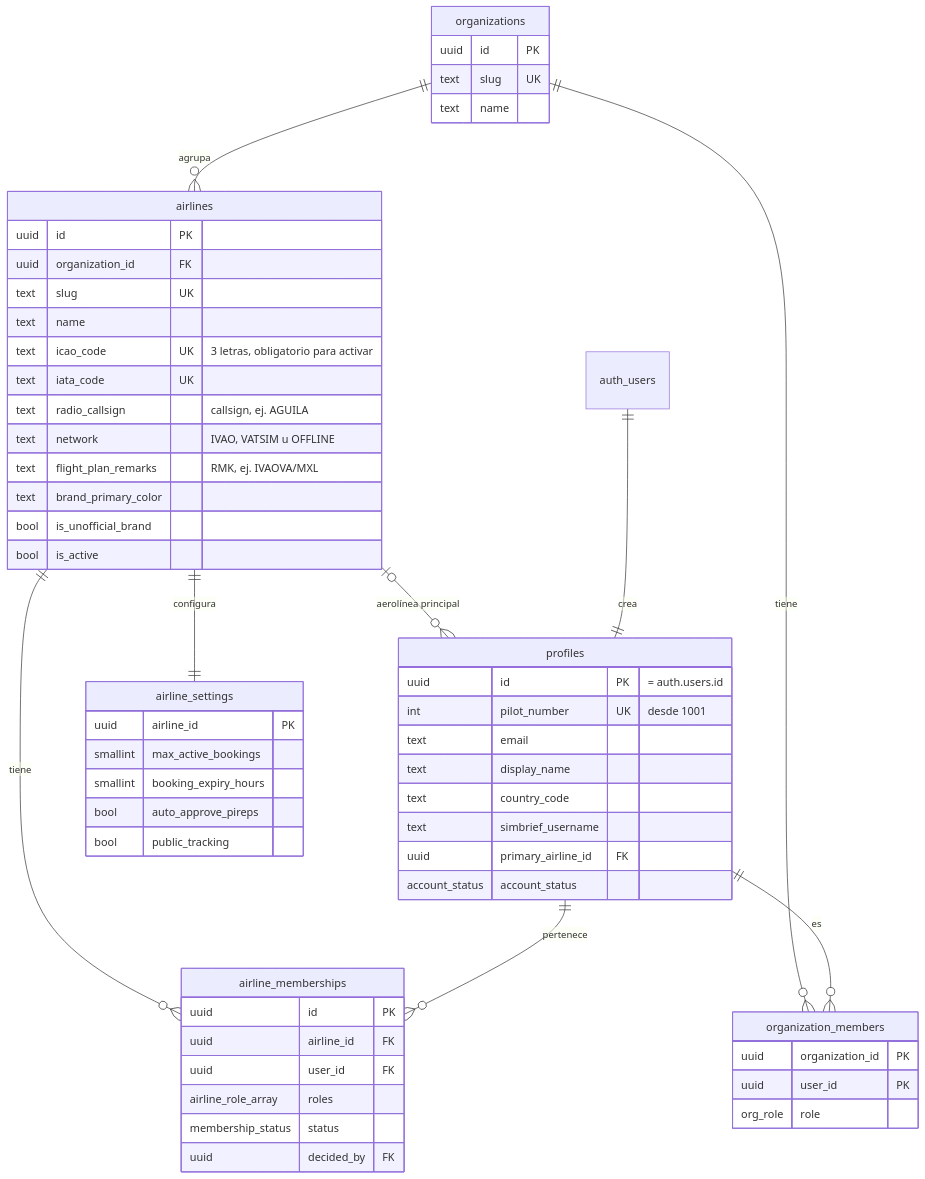
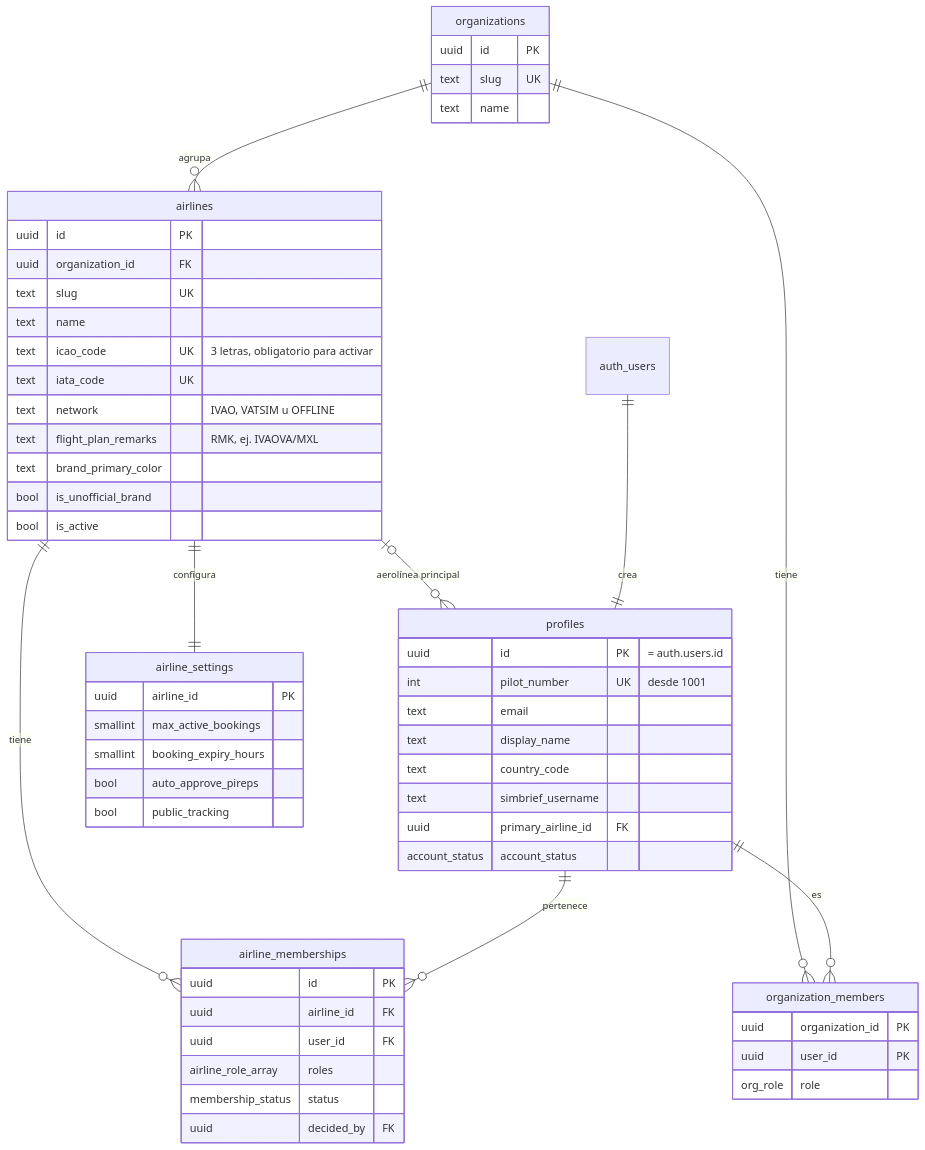
The diagram in docs/database/data-model.md (INAVAE/lam-virtual-acars), drawn with Mermaid before and after one commit. The commit also changed other lines of this file and 14 other files, not shown here.

````diff
--- a/docs/database/data-model.md
+++ b/docs/database/data-model.md
@@ -7,61 +7,60 @@
 ```mermaid
 erDiagram
   organizations ||--o{ airlines : agrupa
   organizations ||--o{ organization_members : tiene
   profiles ||--o{ organization_members : es
   airlines ||--|| airline_settings : configura
   airlines ||--o{ airline_memberships : tiene
   profiles ||--o{ airline_memberships : pertenece
   airlines |o--o{ profiles : "aerolínea principal"
   auth_users ||--|| profiles : crea
 
   organizations {
     uuid id PK
     text slug UK
     text name
   }
   airlines {
     uuid id PK
     uuid organization_id FK
     text slug UK
     text name
     text icao_code UK "3 letras, obligatorio para activar"
     text iata_code UK
-    text radio_callsign "callsign, ej. AGUILA"
     text network "IVAO, VATSIM u OFFLINE"
     text flight_plan_remarks "RMK, ej. IVAOVA/MXL"
     text brand_primary_color
     bool is_unofficial_brand
     bool is_active
   }
   profiles {
     uuid id PK "= auth.users.id"
     int pilot_number UK "desde 1001"
     text email
     text display_name
     text country_code
     text simbrief_username
     uuid primary_airline_id FK
     account_status account_status
   }
   organization_members {
     uuid organization_id PK
     uuid user_id PK
     org_role role
   }
   airline_memberships {
     uuid id PK
     uuid airline_id FK
     uuid user_id FK
     airline_role_array roles
     membership_status status
     uuid decided_by FK
   }
   airline_settings {
     uuid airline_id PK
     smallint max_active_bookings
     smallint booking_expiry_hours
     bool auto_approve_pireps
     bool public_tracking
   }
 ```
````
